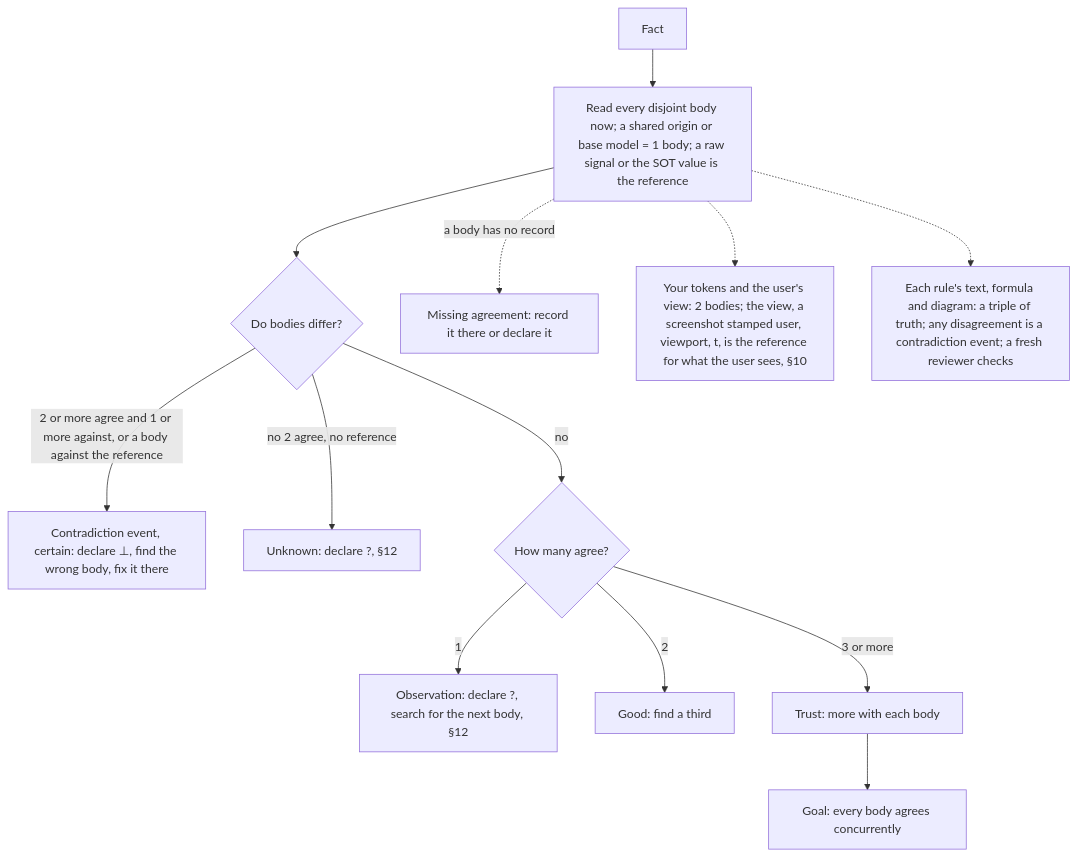
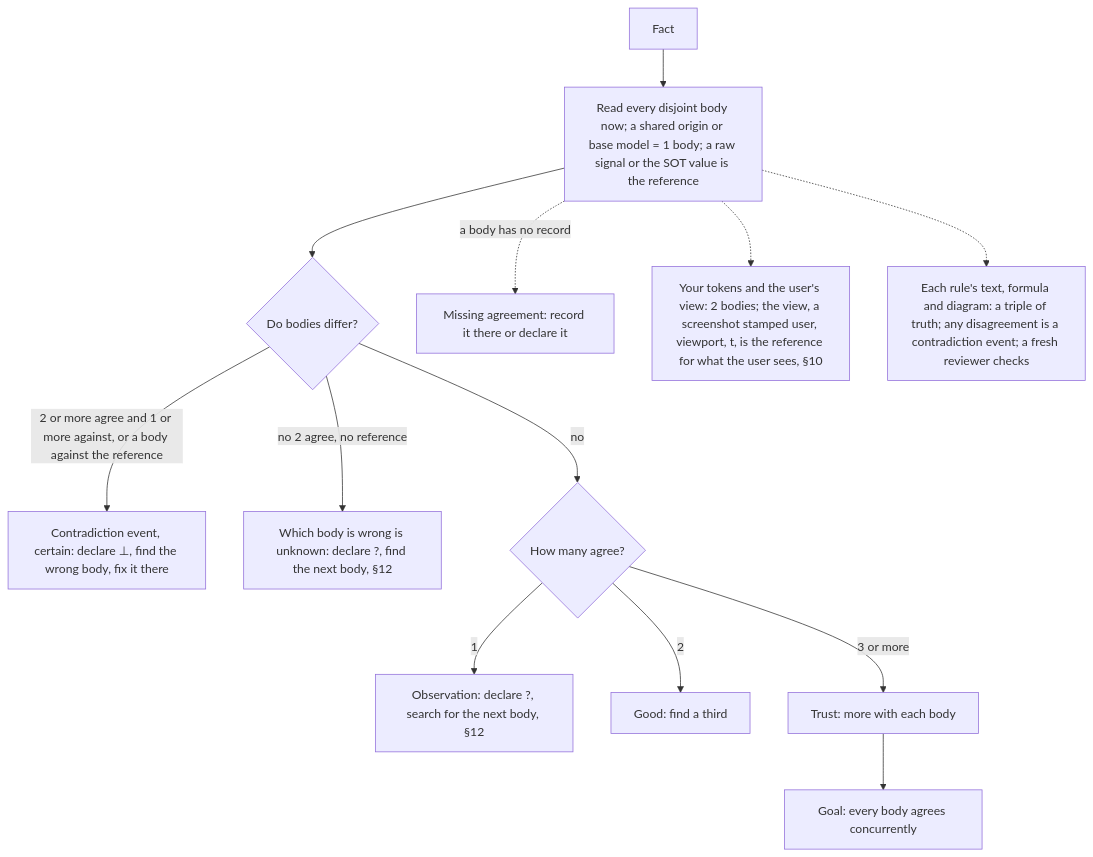
One commit to SolenixAI/arbiter changed diagram 14 of 14 in AGENTS.md. Above: the diagram before and after it, drawn with Mermaid. The commit also changed other lines of this file, not shown here.

````diff
--- a/AGENTS.md
+++ b/AGENTS.md
@@ -544,15 +545,15 @@
 ```mermaid
 flowchart TD
   F[Fact] --> B["Read every disjoint body now; a shared origin or base model = 1 body; a raw signal or the SOT value is the reference"]
   B --> D{Do bodies differ?}
   D -->|2 or more agree and 1 or more against, or a body against the reference| C["Contradiction event, certain: declare ⊥, find the wrong body, fix it there"]
-  D -->|no 2 agree, no reference| U["Unknown: declare ?, §12"]
+  D -->|no 2 agree, no reference| U["Which body is wrong is unknown: declare ?, find the next body, §12"]
   D -->|no| N{How many agree?}
   N -->|1| O["Observation: declare ?, search for the next body, §12"]
   N -->|2| G[Good: find a third]
   N -->|3 or more| T["Trust: more with each body"]
   B -.->|a body has no record| Mi[Missing agreement: record it there or declare it]
   B -.-> TP["Your tokens and the user's view: 2 bodies; the view, a screenshot stamped user, viewport, t, is the reference for what the user sees, §10"]
   B -.-> TR["Each rule's text, formula and diagram: a triple of truth; any disagreement is a contradiction event; a fresh reviewer checks"]
   T --> Goal[Goal: every body agrees concurrently]
 ```
````
